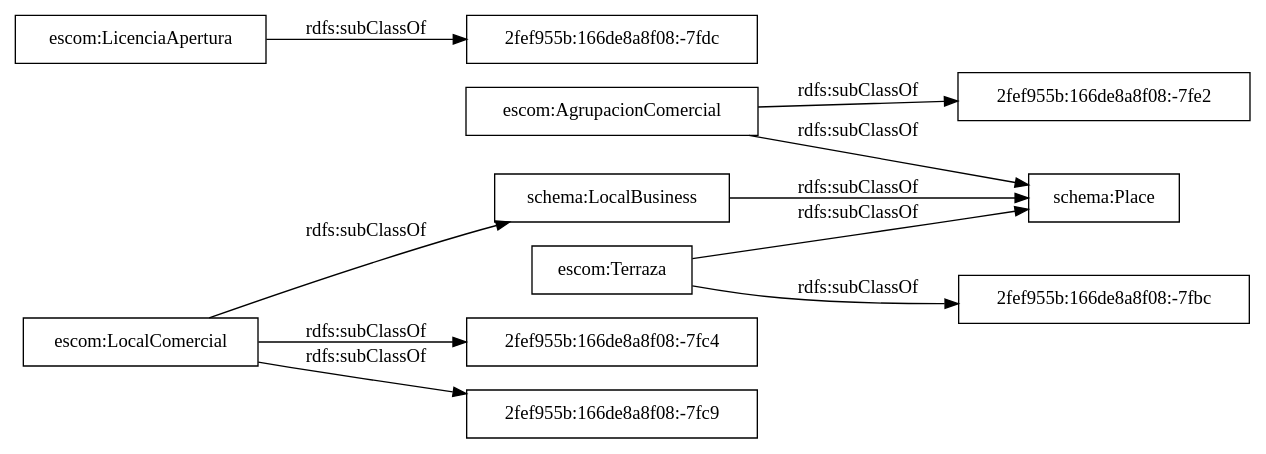
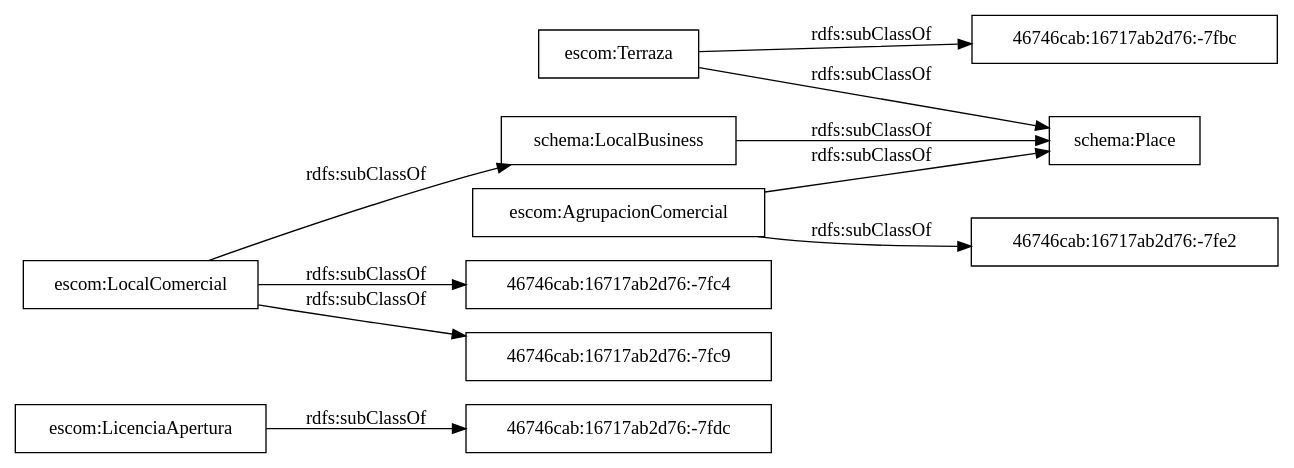
One commit to OnToologyUser/comercio-censo-locales changed the diagram in OnToology/ontology/tejido-comercial.owl/diagrams/ar2dtool-taxonomy/tejido-comercial.owl.png.dot. Above: the diagram before and after it, drawn with Graphviz. The commit also changed 12 other files, not shown here.

```diff
--- a/OnToology/ontology/tejido-comercial.owl/diagrams/ar2dtool-taxonomy/tejido-comercial.owl.png.dot
+++ b/OnToology/ontology/tejido-comercial.owl/diagrams/ar2dtool-taxonomy/tejido-comercial.owl.png.dot
@@ -1,15 +1,15 @@
 digraph ar2dtool_diagram { 
 rankdir=LR;
 size="1000"
-node [shape = rectangle, color="black"]; "escom:Terraza" "2fef955b:166de8a8f08:-7fdc" "escom:LicenciaApertura" "escom:AgrupacionComercial" "2fef955b:166de8a8f08:-7fc4" "2fef955b:166de8a8f08:-7fc9" "schema:LocalBusiness" "escom:LocalComercial" "2fef955b:166de8a8f08:-7fbc" "schema:Place" "2fef955b:166de8a8f08:-7fe2" ; /*classes style*/
+node [shape = rectangle, color="black"]; "46746cab:16717ab2d76:-7fdc" "46746cab:16717ab2d76:-7fe2" "escom:Terraza" "46746cab:16717ab2d76:-7fbc" "escom:LicenciaApertura" "escom:AgrupacionComercial" "46746cab:16717ab2d76:-7fc4" "46746cab:16717ab2d76:-7fc9" "schema:LocalBusiness" "escom:LocalComercial" "schema:Place" ; /*classes style*/
 	"escom:AgrupacionComercial" -> "schema:Place" [ label = "rdfs:subClassOf" ];
-	"escom:AgrupacionComercial" -> "2fef955b:166de8a8f08:-7fe2" [ label = "rdfs:subClassOf" ];
-	"escom:LocalComercial" -> "2fef955b:166de8a8f08:-7fc9" [ label = "rdfs:subClassOf" ];
-	"escom:LocalComercial" -> "2fef955b:166de8a8f08:-7fc4" [ label = "rdfs:subClassOf" ];
+	"escom:AgrupacionComercial" -> "46746cab:16717ab2d76:-7fe2" [ label = "rdfs:subClassOf" ];
+	"escom:LocalComercial" -> "46746cab:16717ab2d76:-7fc9" [ label = "rdfs:subClassOf" ];
+	"escom:LocalComercial" -> "46746cab:16717ab2d76:-7fc4" [ label = "rdfs:subClassOf" ];
 	"escom:LocalComercial" -> "schema:LocalBusiness" [ label = "rdfs:subClassOf" ];
+	"escom:Terraza" -> "46746cab:16717ab2d76:-7fbc" [ label = "rdfs:subClassOf" ];
 	"escom:Terraza" -> "schema:Place" [ label = "rdfs:subClassOf" ];
-	"escom:Terraza" -> "2fef955b:166de8a8f08:-7fbc" [ label = "rdfs:subClassOf" ];
-	"escom:LicenciaApertura" -> "2fef955b:166de8a8f08:-7fdc" [ label = "rdfs:subClassOf" ];
+	"escom:LicenciaApertura" -> "46746cab:16717ab2d76:-7fdc" [ label = "rdfs:subClassOf" ];
 	"schema:LocalBusiness" -> "schema:Place" [ label = "rdfs:subClassOf" ];
 
 }
```
